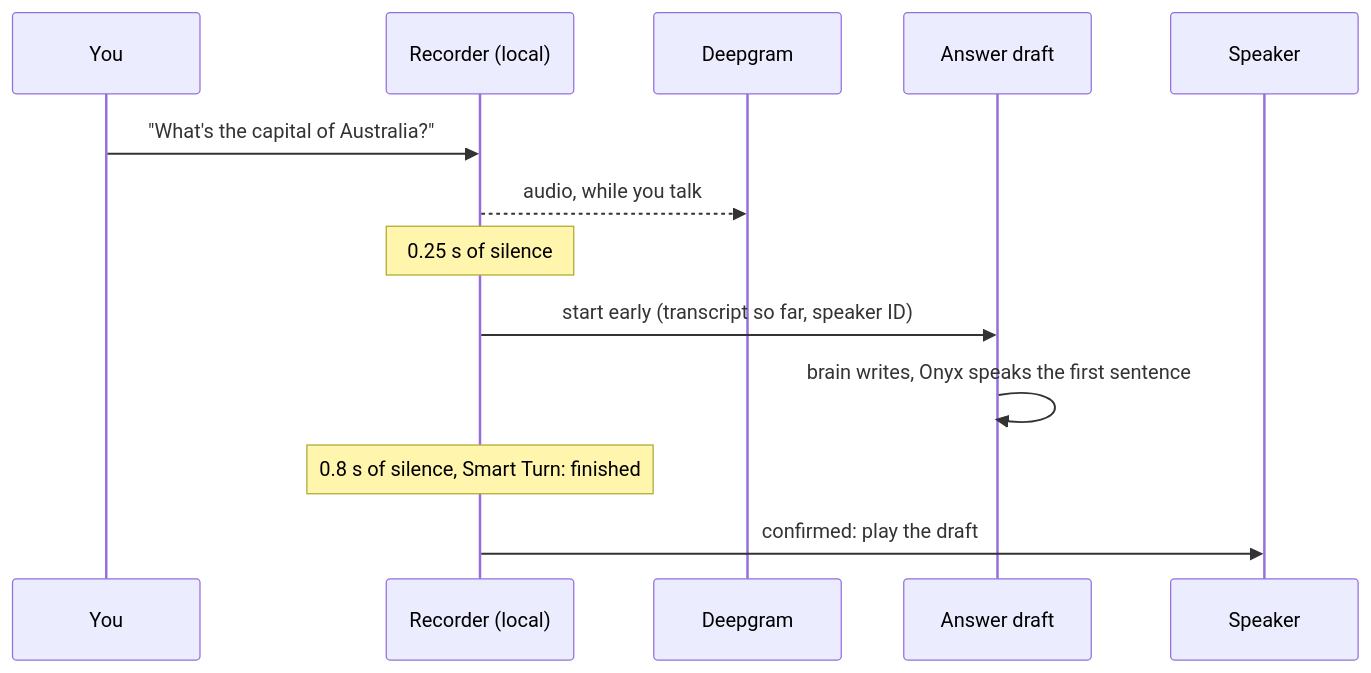
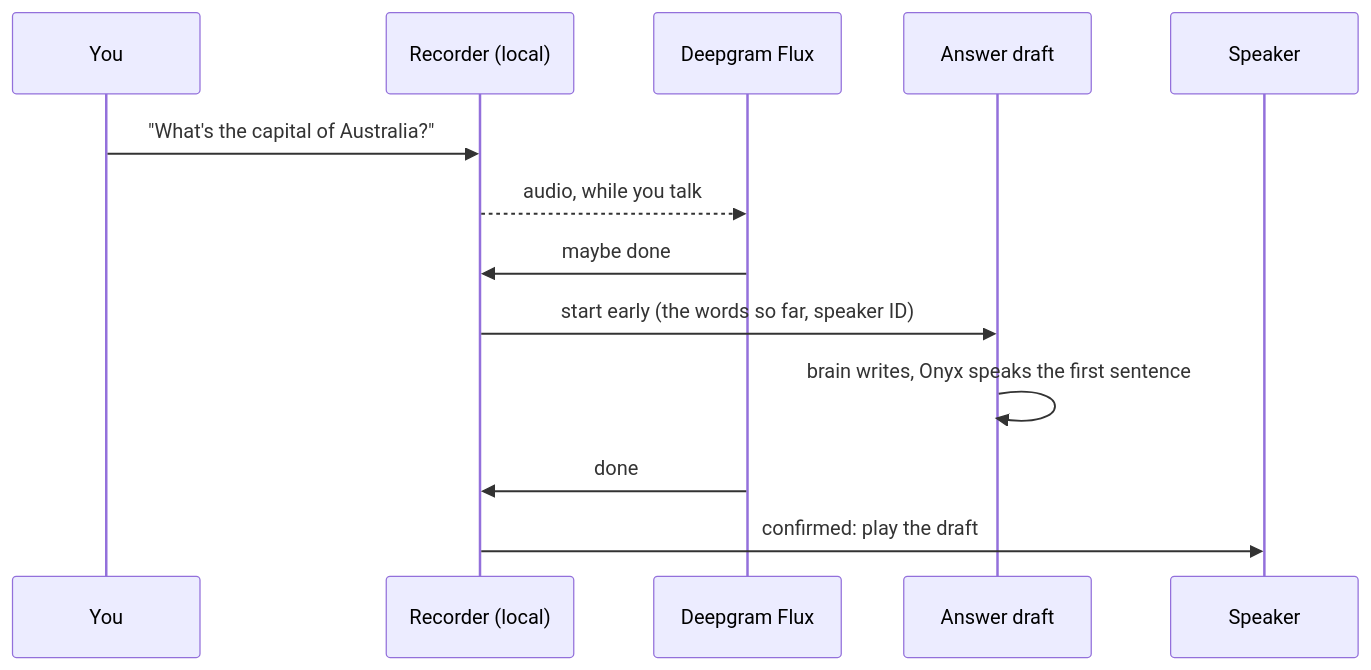
One commit to alon-pilosoph/tars changed the diagram in docs/latency.md. Above: the diagram before and after it, drawn with Mermaid. The commit also changed other lines of this file and 3 other files, not shown here.

First line of the commit message:
Docs: Flux decides when you're done, and TARS answers in about 2-2.5 s

````diff
--- a/docs/latency.md
+++ b/docs/latency.md
@@ -23,15 +24,15 @@
 ```mermaid
 sequenceDiagram
     participant You
     participant Rec as Recorder (local)
-    participant DG as Deepgram
+    participant DG as Deepgram Flux
     participant Draft as Answer draft
     participant Out as Speaker
     You->>Rec: "What's the capital of Australia?"
     Rec-->>DG: audio, while you talk
-    Note over Rec: 0.25 s of silence
-    Rec->>Draft: start early (transcript so far, speaker ID)
+    DG->>Rec: maybe done
+    Rec->>Draft: start early (the words so far, speaker ID)
     Draft->>Draft: brain writes, Onyx speaks the first sentence
-    Note over Rec: 0.8 s of silence, Smart Turn: finished
+    DG->>Rec: done
     Rec->>Out: confirmed: play the draft
 ```
````
